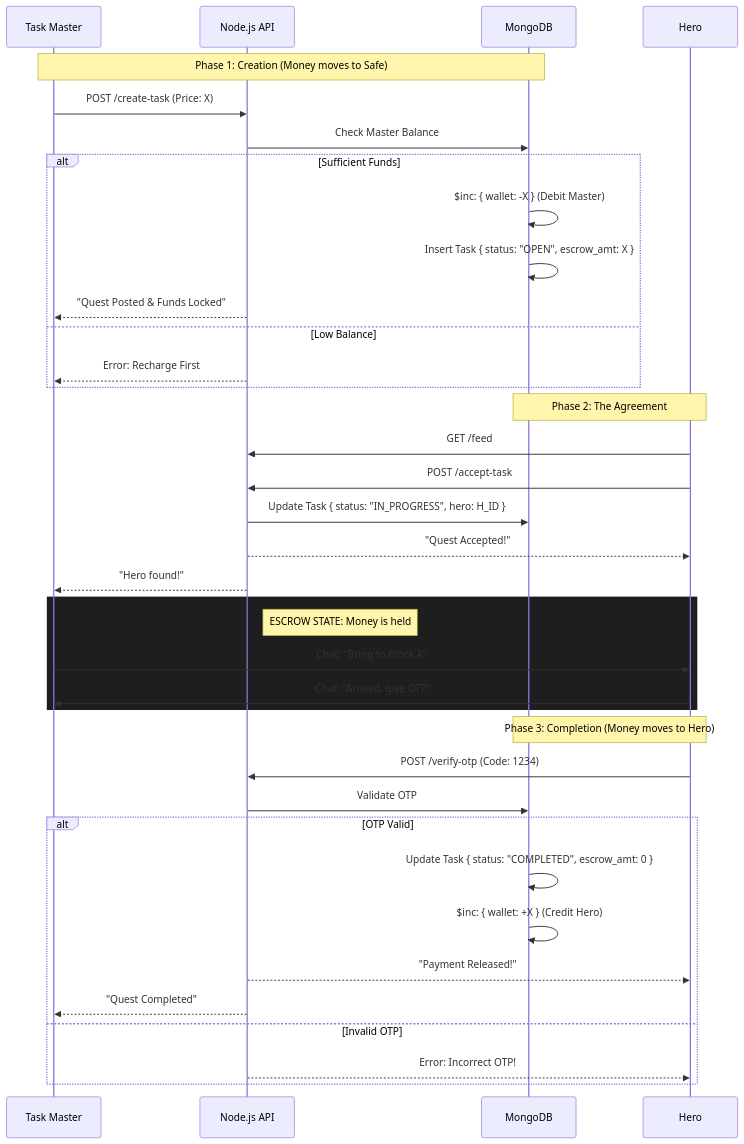
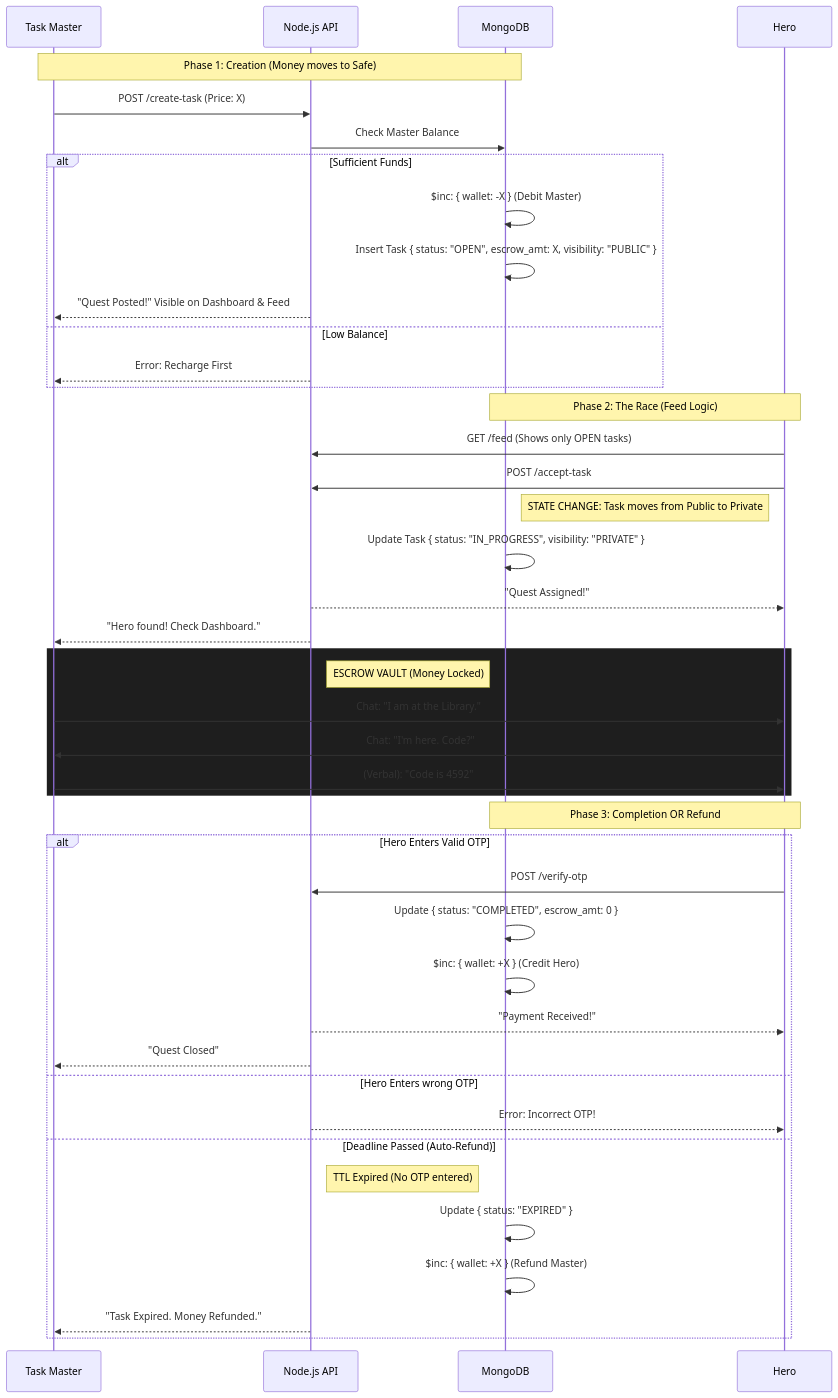
One commit to arupdhara/arup-demo changed the third of 4 diagrams in TECHNICAL_ARCHITECTURE.md. Above: the diagram before and after it, drawn with Mermaid. The commit also changed other lines of this file, not shown here.

````diff
--- a/TECHNICAL_ARCHITECTURE.md
+++ b/TECHNICAL_ARCHITECTURE.md
@@ -47,45 +56,52 @@
 ```mermaid
 sequenceDiagram
     participant TM as Task Master
     participant API as Node.js API
     participant DB as MongoDB
     participant H as Hero
 
     Note over TM, DB: Phase 1: Creation (Money moves to Safe)
     TM->>API: POST /create-task (Price: X)
     API->>DB: Check Master Balance
     
     alt Sufficient Funds
         DB->>DB: $inc: { wallet: -X } (Debit Master)
-        DB->>DB: Insert Task { status: "OPEN", escrow_amt: X }
-        API-->>TM: "Quest Posted & Funds Locked"
+        DB->>DB: Insert Task { status: "OPEN", escrow_amt: X, visibility: "PUBLIC" }
+        API-->>TM: "Quest Posted!" Visible on Dashboard & Feed
     else Low Balance
         API-->>TM: Error: Recharge First
     end
 
-    Note over H, DB: Phase 2: The Agreement
-    H->>API: GET /feed
+    Note over H, DB: Phase 2: The Race (Feed Logic)
+    H->>API: GET /feed (Shows only OPEN tasks)
     H->>API: POST /accept-task
-    API->>DB: Update Task { status: "IN_PROGRESS", hero: H_ID }
-    API-->>H: "Quest Accepted!"
-    API-->>TM: "Hero found!"
+    
+    Note right of DB: STATE CHANGE: Task moves from Public to Private
+    DB->>DB: Update Task { status: "IN_PROGRESS", visibility: "PRIVATE" }
+    API-->>H: "Quest Assigned!"
+    API-->>TM: "Hero found! Check Dashboard."
 
     rect rgb(30, 30, 30)
-        Note right of API: ESCROW STATE: Money is held
-        TM->>H: Chat: "Bring to Block A"
-        H->>TM: Chat: "Arrived, give OTP"
+        Note right of API: ESCROW VAULT (Money Locked)
+        TM->>H: Chat: "I am at the Library."
+        H->>TM: Chat: "I'm here. Code?"
+        TM->>H: (Verbal): "Code is 4592"
     end
 
-    Note over H, DB: Phase 3: Completion (Money moves to Hero)
-    H->>API: POST /verify-otp (Code: 1234)
-    API->>DB: Validate OTP
+    Note over H, DB: Phase 3: Completion OR Refund
     
-    alt OTP Valid
-        DB->>DB: Update Task { status: "COMPLETED", escrow_amt: 0 }
+    alt Hero Enters Valid OTP
+        H->>API: POST /verify-otp
+        DB->>DB: Update { status: "COMPLETED", escrow_amt: 0 }
         DB->>DB: $inc: { wallet: +X } (Credit Hero)
-        API-->>H: "Payment Released!"
-        API-->>TM: "Quest Completed"
-    else Invalid OTP
+        API-->>H: "Payment Received!"
+        API-->>TM: "Quest Closed"
+    else Hero Enters wrong OTP
         API-->>H: Error: Incorrect OTP!
+    else Deadline Passed (Auto-Refund)
+        Note right of API: TTL Expired (No OTP entered)
+        DB->>DB: Update { status: "EXPIRED" }
+        DB->>DB: $inc: { wallet: +X } (Refund Master)
+        API-->>TM: "Task Expired. Money Refunded."
     end
 ```
````
